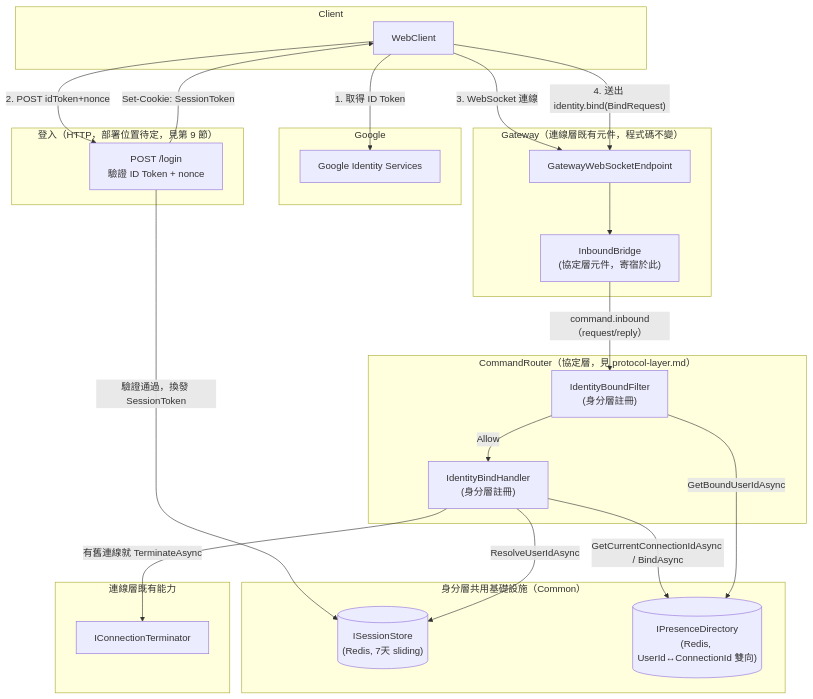
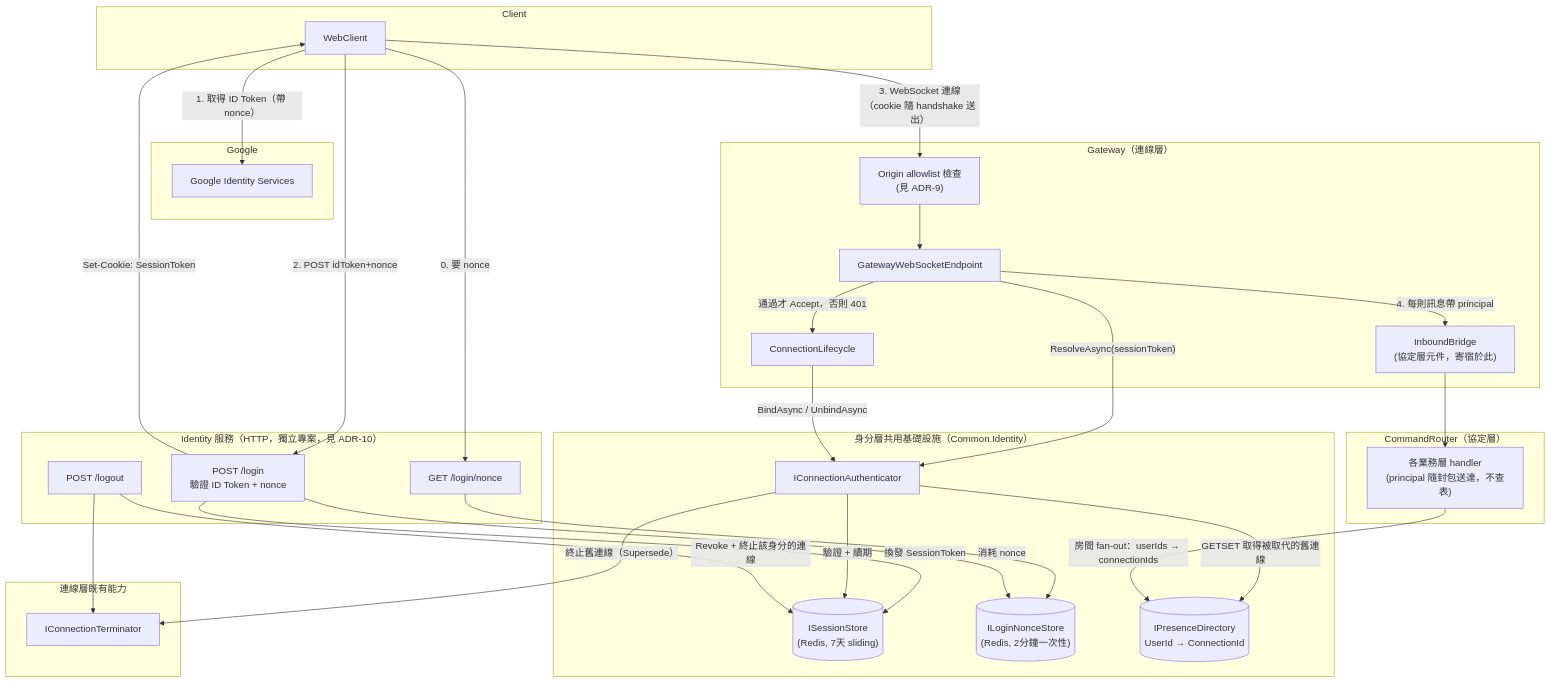
One commit to yggdrasill-dev/ChatSystem changed the first of 5 diagrams in docs/architecture/identity-layer.md. Above: the diagram before and after it, drawn with Mermaid. The commit also changed other lines of this file and 4 other files, not shown here.

First line of the commit message:
docs(identity-layer): 身分驗證改到 WebSocket handshake，同步修訂連線/協定/房間層

````diff
--- a/docs/architecture/identity-layer.md
+++ b/docs/architecture/identity-layer.md
@@ -41,48 +49,61 @@
 ```mermaid
 graph TB
     subgraph Client
         WC[WebClient]
     end
 
     subgraph Google
         G[Google Identity Services]
     end
 
-    subgraph "登入（HTTP，部署位置待定，見第 9 節）"
+    subgraph "Identity 服務（HTTP，獨立專案，見 ADR-10）"
+        NO["GET /login/nonce"]
         LI["POST /login\n驗證 ID Token + nonce"]
+        LO["POST /logout"]
     end
 
-    subgraph "身分層共用基礎設施（Common）"
+    subgraph "身分層共用基礎設施（Common.Identity）"
         SS[("ISessionStore\n(Redis, 7天 sliding)")]
-        PD[("IPresenceDirectory\n(Redis, UserId↔ConnectionId 雙向)")]
+        NS[("ILoginNonceStore\n(Redis, 2分鐘一次性)")]
+        PD[("IPresenceDirectory\nUserId → ConnectionId")]
+        CA["IConnectionAuthenticator"]
     end
 
-    subgraph "Gateway（連線層既有元件，程式碼不變）"
+    subgraph "Gateway（連線層）"
+        OR["Origin allowlist 檢查\n(見 ADR-9)"]
         WS[GatewayWebSocketEndpoint]
+        CL[ConnectionLifecycle]
         BR["InboundBridge\n(協定層元件，寄宿於此)"]
     end
 
-    subgraph "CommandRouter（協定層，見 protocol-layer.md）"
-        FL["IdentityBoundFilter\n(身分層註冊)"]
-        IB["IdentityBindHandler\n(身分層註冊)"]
+    subgraph "CommandRouter（協定層）"
+        H["各業務層 handler\n(principal 隨封包送達，不查表)"]
     end
 
     subgraph "連線層既有能力"
         CT[IConnectionTerminator]
     end
 
-    WC -- "1. 取得 ID Token" --> G
+    WC -- "1. 取得 ID Token（帶 nonce）" --> G
+    WC -- "0. 要 nonce" --> NO
+    NO --> NS
     WC -- "2. POST idToken+nonce" --> LI
-    LI -- "驗證通過，換發 SessionToken" --> SS
+    LI -- 消耗 nonce --> NS
+    LI -- 換發 SessionToken --> SS
     LI -- "Set-Cookie: SessionToken" --> WC
 
-    WC -- "3. WebSocket 連線" --> WS
-    WC -- "4. 送出 identity.bind(BindRequest)" --> WS
-    WS --> BR
-    BR -- "command.inbound（request/reply）" --> FL
-    FL -- "Allow" --> IB
-    IB -- "ResolveUserIdAsync" --> SS
-    IB -- "GetCurrentConnectionIdAsync / BindAsync" --> PD
-    IB -- "有舊連線就 TerminateAsync" --> CT
-    FL -- "GetBoundUserIdAsync" --> PD
+    WC -- "3. WebSocket 連線（cookie 隨 handshake 送出）" --> OR
+    OR --> WS
+    WS -- "ResolveAsync(sessionToken)" --> CA
+    CA -- "驗證 + 續期" --> SS
+    WS -- "通過才 Accept，否則 401" --> CL
+    CL -- "BindAsync / UnbindAsync" --> CA
+    CA -- "GETSET 取得被取代的舊連線" --> PD
+    CA -- "終止舊連線（Supersede）" --> CT
+
+    WS -- "4. 每則訊息帶 principal" --> BR
+    BR --> H
+    LO -- "Revoke + 終止該身分的連線" --> SS
+    LO --> CT
+    H -- "房間 fan-out：userIds → connectionIds" --> PD
 ```
````
